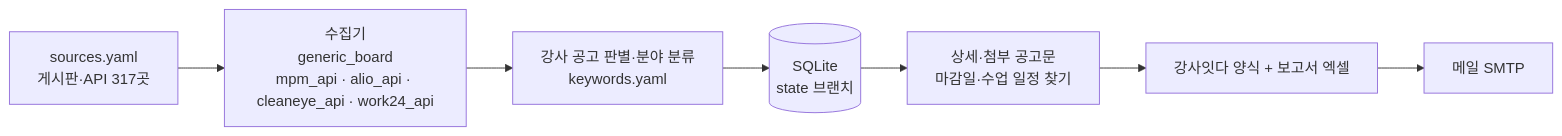
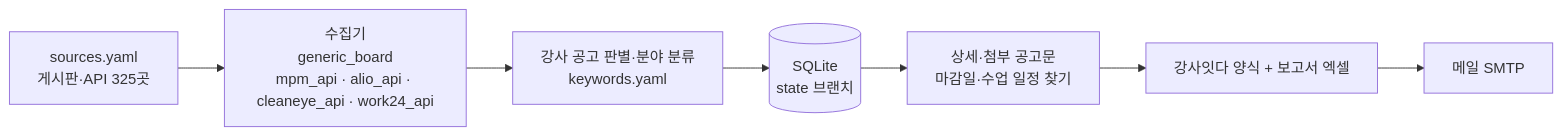
Before and after one commit to thskal17-sudo/busan-school-company: the diagram in docs/DESIGN.md, drawn with Mermaid. The commit also changed other lines of this file and 2 other files, not shown here.

````diff
--- a/docs/DESIGN.md
+++ b/docs/DESIGN.md
@@ -32,9 +32,9 @@
 ```mermaid
 flowchart LR
-    S[sources.yaml<br/>게시판·API 317곳] --> C[수집기<br/>generic_board<br/>mpm_api · alio_api · cleaneye_api · work24_api]
+    S[sources.yaml<br/>게시판·API 325곳] --> C[수집기<br/>generic_board<br/>mpm_api · alio_api · cleaneye_api · work24_api]
     C --> F[강사 공고 판별·분야 분류<br/>keywords.yaml]
     F --> D[(SQLite<br/>state 브랜치)]
     D --> I[상세·첨부 공고문<br/>마감일·수업 일정 찾기]
     I --> X[강사잇다 양식 + 보고서 엑셀]
     X --> M[메일 SMTP]
 ```
````
